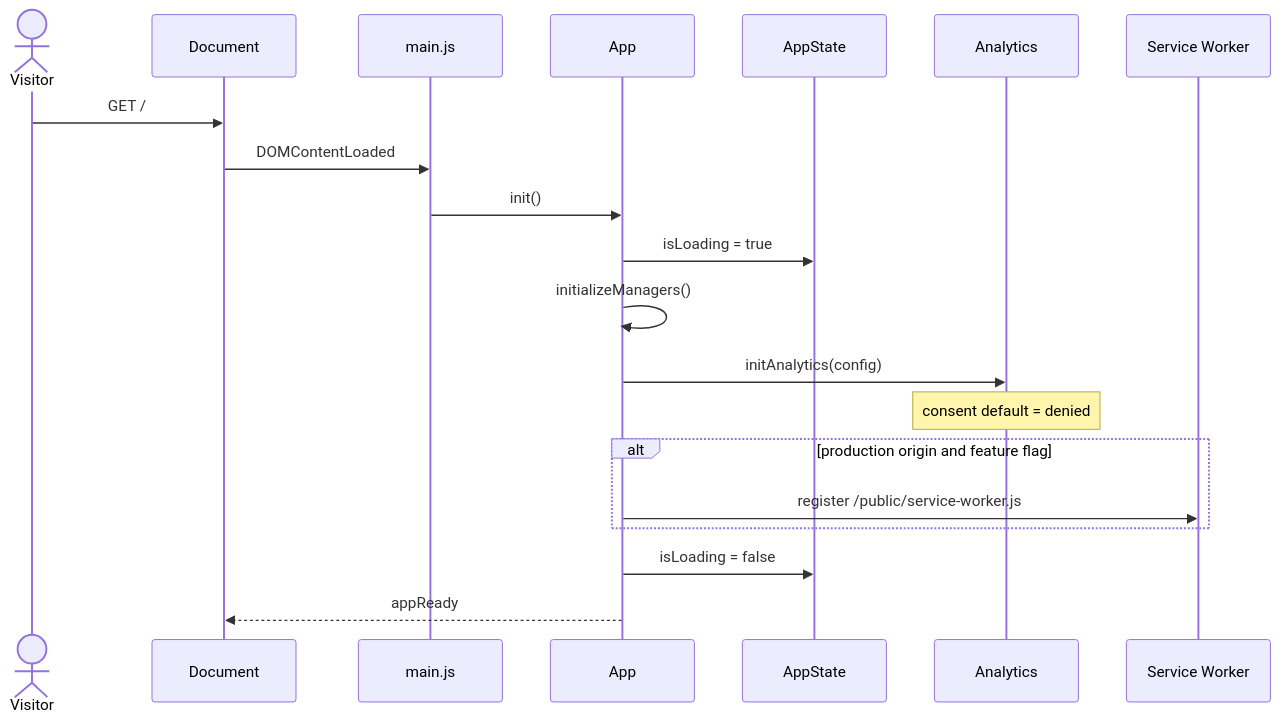
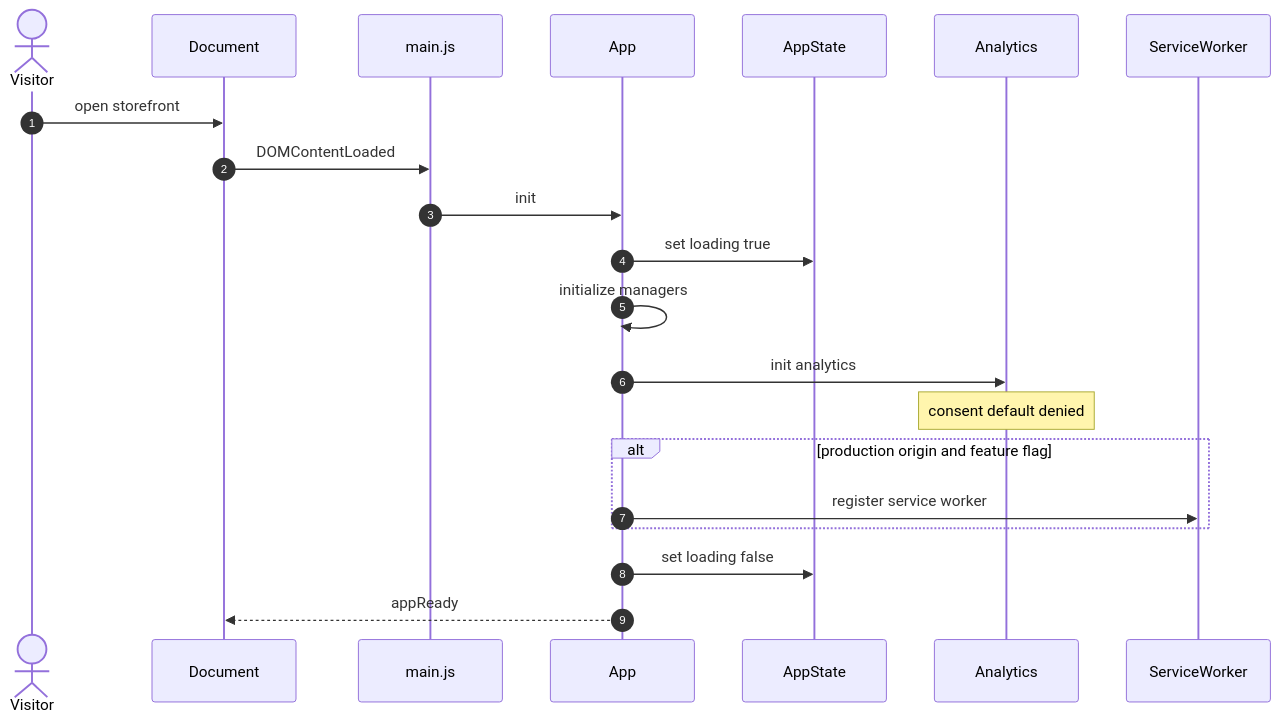
One commit to TheHien04/Deltadev-link- changed the third of 6 diagrams in README.md. Above: the diagram before and after it, drawn with Mermaid. The commit also changed other lines of this file and 10 other files, not shown here.

First line of the commit message:
Fix GitHub Mermaid parse errors and use Mekong Delta origin

````diff
--- a/README.md
+++ b/README.md
@@ -426,23 +426,24 @@
 ```mermaid
 sequenceDiagram
+  autonumber
   actor U as Visitor
   participant D as Document
   participant M as main.js
   participant A as App
   participant S as AppState
   participant AN as Analytics
-  participant SW as Service Worker
+  participant SW as ServiceWorker
 
-  U->>D: GET /
+  U->>D: open storefront
   D->>M: DOMContentLoaded
-  M->>A: init()
-  A->>S: isLoading = true
-  A->>A: initializeManagers()
-  A->>AN: initAnalytics(config)
-  Note over AN: consent default = denied
+  M->>A: init
+  A->>S: set loading true
+  A->>A: initialize managers
+  A->>AN: init analytics
+  Note over AN: consent default denied
   alt production origin and feature flag
-    A->>SW: register /public/service-worker.js
+    A->>SW: register service worker
   end
-  A->>S: isLoading = false
+  A->>S: set loading false
   A-->>D: appReady
 ```
````
